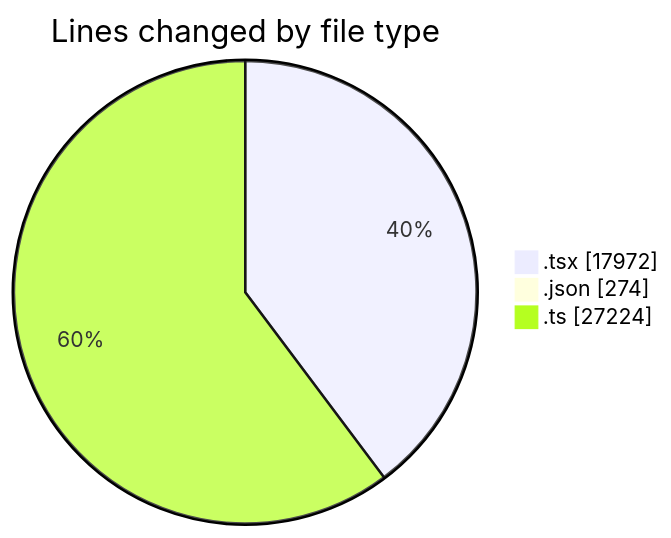
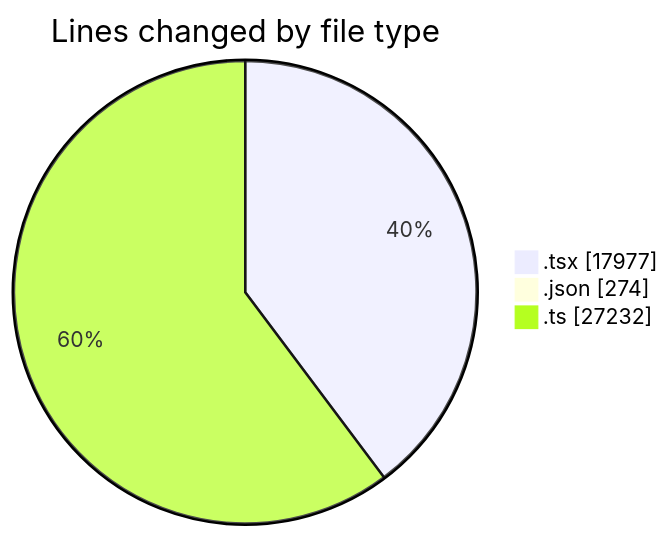
Before and after one commit to momahboobian/code-tracking: the first of 2 diagrams in 2026-11-13/broadcaster-v6-feature/README.md, drawn with Mermaid. The commit also changed other lines of this file and 1 other file, not shown here.

````diff
--- a/2026-11-13/broadcaster-v6-feature/README.md
+++ b/2026-11-13/broadcaster-v6-feature/README.md
@@ -84,7 +85,7 @@
 ```mermaid
 pie showData
 title Lines changed by file type
-".tsx" : 17972
+".tsx" : 17977
 ".json" : 274
-".ts" : 27224
+".ts" : 27232
 ```
````
